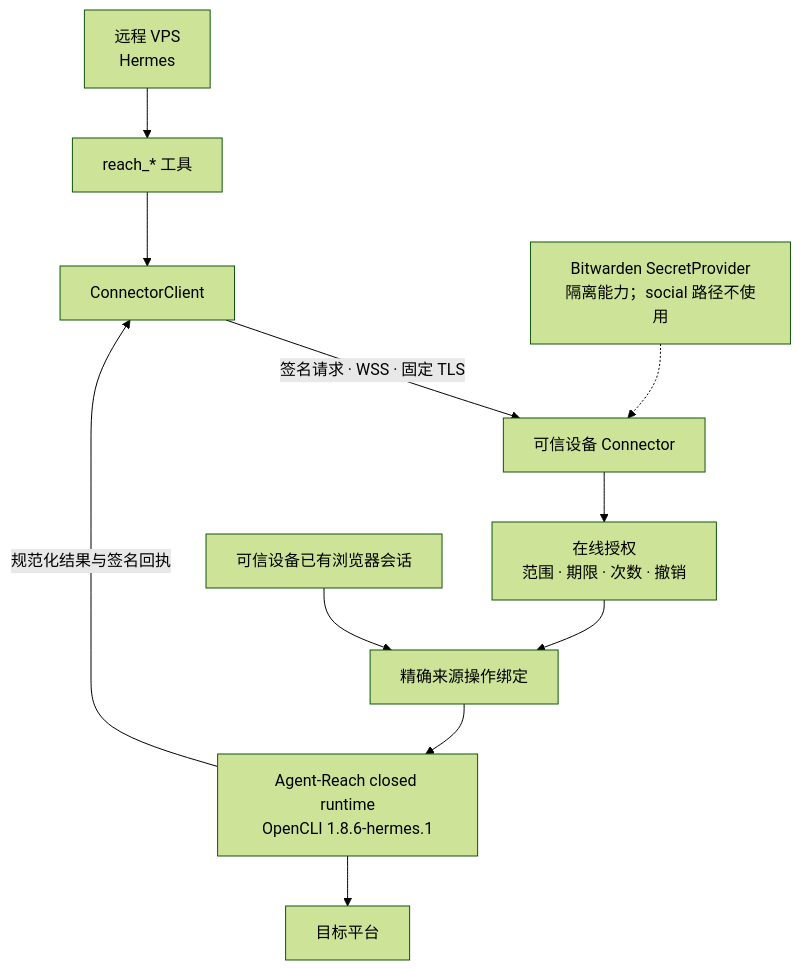
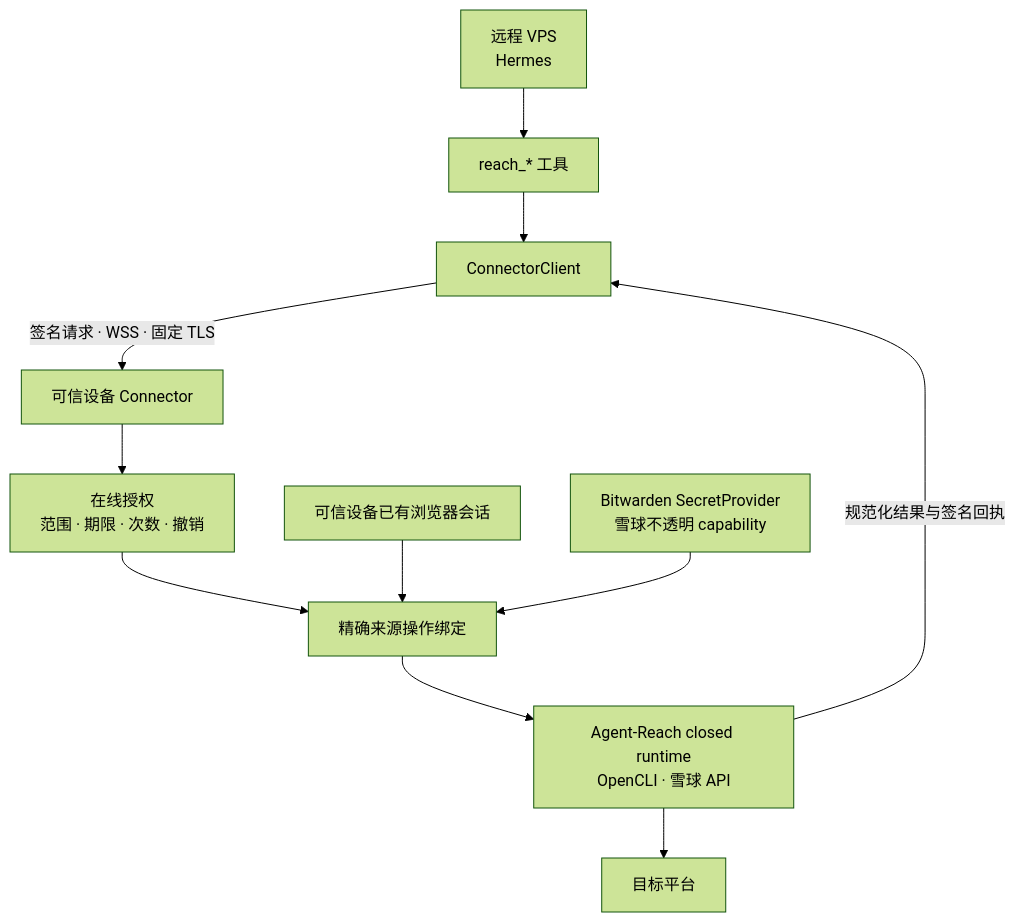
Before and after one commit to izumi0uu/hermes-reach: the second of 2 diagrams in README.md, drawn with Mermaid (forest theme). The commit also changed other lines of this file and 61 other files, not shown here.

Commit message:
feat(agent-reach): add non-github search batch

````diff
--- a/README.md
+++ b/README.md
@@ -370,13 +403,13 @@
 ```mermaid
 flowchart TD
     VPS["远程 VPS<br/>Hermes"] --> Tools["reach_* 工具"]
     Tools --> Client["ConnectorClient"]
     Client -->|"签名请求 · WSS · 固定 TLS"| Service["可信设备 Connector"]
     Service --> Grant["在线授权<br/>范围 · 期限 · 次数 · 撤销"]
     Grant --> Binding["精确来源操作绑定"]
     Session["可信设备已有浏览器会话"] --> Binding
-    Secrets["Bitwarden SecretProvider<br/>隔离能力；social 路径不使用"] -.-> Service
-    Binding --> Backend["Agent-Reach closed runtime<br/>OpenCLI 1.8.6-hermes.1"]
+    Secrets["Bitwarden SecretProvider<br/>雪球不透明 capability"] --> Binding
+    Binding --> Backend["Agent-Reach closed runtime<br/>OpenCLI · 雪球 API"]
     Backend --> Platform["目标平台"]
     Backend -->|"规范化结果与签名回执"| Client
 ```
````
